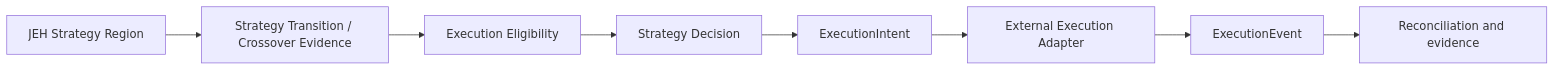
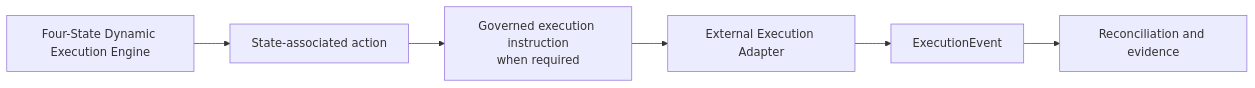
Before and after one commit to srao977/tramuthus: the seventh of 10 diagrams in DSE_JEH/docs/DSE_JEH_TRANS_SAT_1_SYSTEM_DESIGN_V0_1_091226.md, drawn with Mermaid. The commit also changed other lines of this file and 31 other files, not shown here.

````diff
--- a/DSE_JEH/docs/DSE_JEH_TRANS_SAT_1_SYSTEM_DESIGN_V0_1_091226.md
+++ b/DSE_JEH/docs/DSE_JEH_TRANS_SAT_1_SYSTEM_DESIGN_V0_1_091226.md
@@ -389,10 +434,8 @@
 ```mermaid
 flowchart LR
-  J[JEH Strategy Region] --> T[Strategy Transition / Crossover Evidence]
-  T --> G[Execution Eligibility]
-  G --> D[Strategy Decision]
-  D --> I[ExecutionIntent]
+  S[Four-State Dynamic Execution Engine] --> A0[State-associated action]
+  A0 --> I[Governed execution instruction<br/>when required]
   I --> A[External Execution Adapter]
   A --> E[ExecutionEvent]
   E --> R[Reconciliation and evidence]
 ```
````
